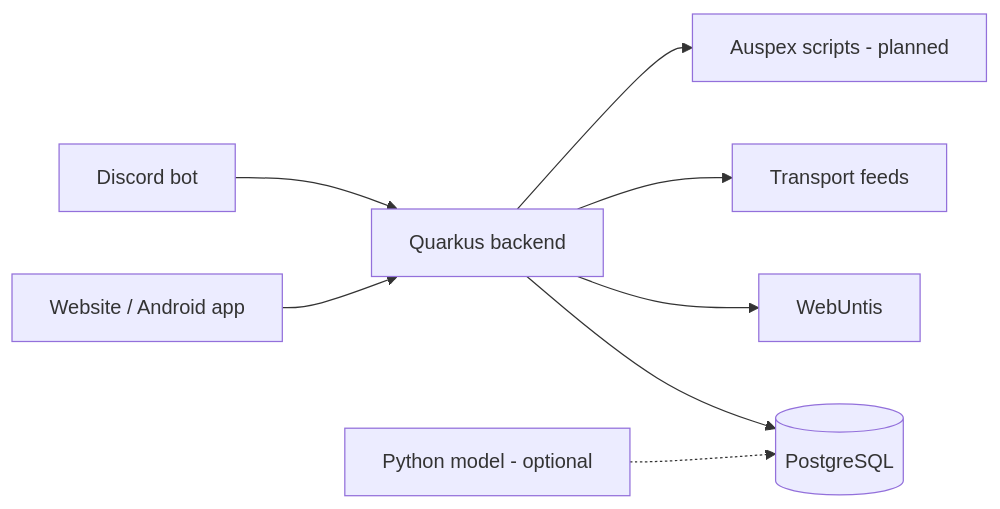
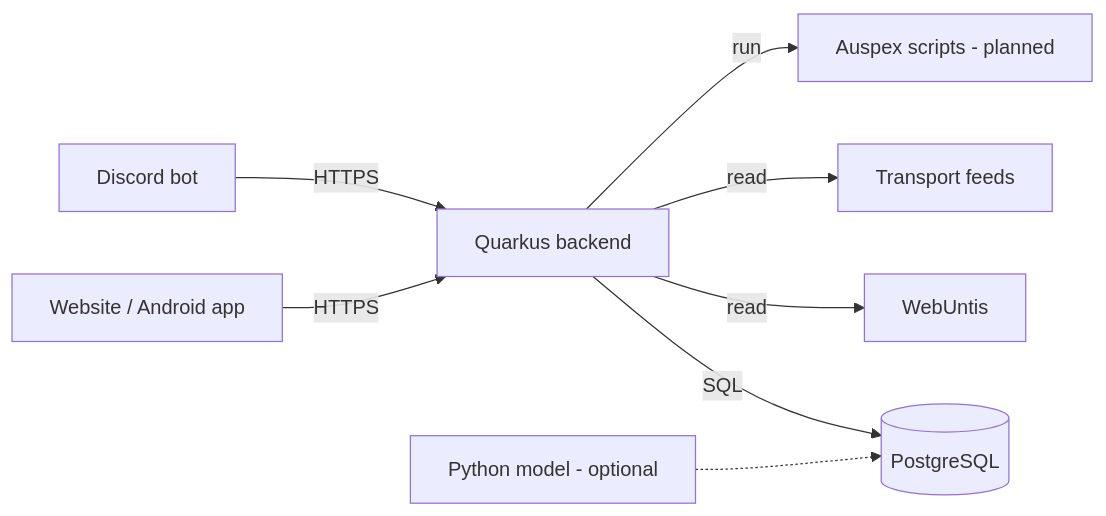
Before and after one commit to LPuehringerStudent/LeoWay: diagram 18 of 18 in docs/LeoWay-System-Specification.md, drawn with Mermaid. The commit also changed other lines of this file and 3 other files, not shown here.

````diff
--- a/docs/LeoWay-System-Specification.md
+++ b/docs/LeoWay-System-Specification.md
@@ -154,11 +713,11 @@
 ```mermaid
 %% architecture
 flowchart LR
-  App[Website / Android app] --> API[Quarkus backend]
-  Bot[Discord bot] --> API
-  API --> DB[(PostgreSQL)]
-  API --> W[WebUntis]
-  API --> T[Transport feeds]
-  API --> Rules[Auspex scripts - planned]
+  App[Website / Android app] -- HTTPS --> API[Quarkus backend]
+  Bot[Discord bot] -- HTTPS --> API
+  API -- SQL --> DB[(PostgreSQL)]
+  API -- read --> W[WebUntis]
+  API -- read --> T[Transport feeds]
+  API -- run --> Rules[Auspex scripts - planned]
   ML[Python model - optional] -.-> DB
 ```
````
